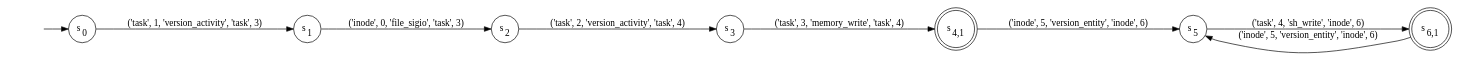
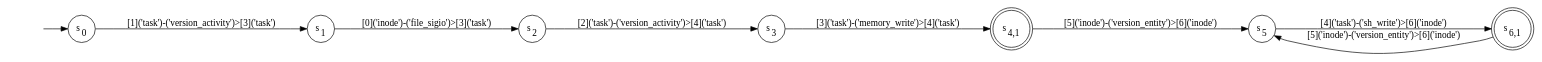
The diagram in dot/provenance_file_send_sigiotask_dfa.dot (TinkerBellSystem/graph-matching), drawn with Graphviz before and after one commit. The commit also changed 185 other files, not shown here.

```diff
--- a/dot/provenance_file_send_sigiotask_dfa.dot
+++ b/dot/provenance_file_send_sigiotask_dfa.dot
@@ -1,19 +1,19 @@
 digraph DFA {
     rankdir = LR;
     I [style = invis];
     I -> S0;
     S0 [label = <s<sub>0</sub>>, shape = circle];
     S1 [label = <s<sub>1</sub>>, shape = circle];
     S2 [label = <s<sub>2</sub>>, shape = circle];
     S3 [label = <s<sub>3</sub>>, shape = circle];
     S4 [label = <s<sub>4,1</sub>>, shape = circle, peripheries = 2];
     S5 [label = <s<sub>5</sub>>, shape = circle];
     S6 [label = <s<sub>6,1</sub>>, shape = circle, peripheries = 2];
-    S6 -> S5 [label = "('inode', 5, 'version_entity', 'inode', 6)"];
-    S5 -> S6 [label = "('task', 4, 'sh_write', 'inode', 6)"];
-    S4 -> S5 [label = "('inode', 5, 'version_entity', 'inode', 6)"];
-    S3 -> S4 [label = "('task', 3, 'memory_write', 'task', 4)"];
-    S2 -> S3 [label = "('task', 2, 'version_activity', 'task', 4)"];
-    S1 -> S2 [label = "('inode', 0, 'file_sigio', 'task', 3)"];
-    S0 -> S1 [label = "('task', 1, 'version_activity', 'task', 3)"];
+    S6 -> S5 [label = "[5]('inode')-('version_entity')>[6]('inode')"];
+    S5 -> S6 [label = "[4]('task')-('sh_write')>[6]('inode')"];
+    S4 -> S5 [label = "[5]('inode')-('version_entity')>[6]('inode')"];
+    S3 -> S4 [label = "[3]('task')-('memory_write')>[4]('task')"];
+    S2 -> S3 [label = "[2]('task')-('version_activity')>[4]('task')"];
+    S1 -> S2 [label = "[0]('inode')-('file_sigio')>[3]('task')"];
+    S0 -> S1 [label = "[1]('task')-('version_activity')>[3]('task')"];
 }
```
